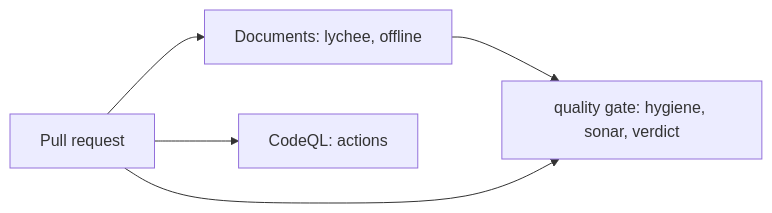
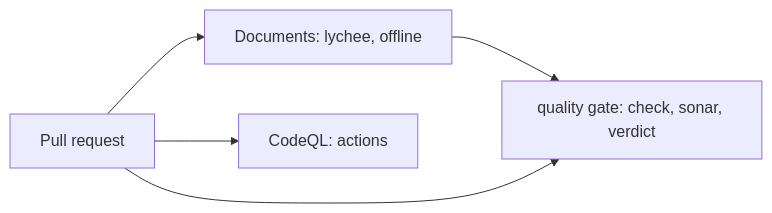
Before and after one commit to overnightworks/personas: the diagram in docs/ARCHITECTURE.md, drawn with Mermaid. The commit also changed other lines of this file and 2 other files, not shown here.

Commit message:
Move the quality gate pin to v0.10.0
quality v0.10.0 removes the old command words and renames the gate's
hygiene job to check; the gate and CodeQL pins move to its tag commit,
and the architecture overview names the renamed job. Serves
overnightworks/agents#8, caller overnightworks/quality#462.

````diff
--- a/docs/ARCHITECTURE.md
+++ b/docs/ARCHITECTURE.md
@@ -11,7 +11,7 @@
 ```mermaid
 flowchart LR
     pr["Pull request"] --> docs["Documents: lychee, offline"]
     pr --> scan["CodeQL: actions"]
-    docs --> gate["quality gate: hygiene, sonar, verdict"]
+    docs --> gate["quality gate: check, sonar, verdict"]
     pr --> gate
 ```
````
